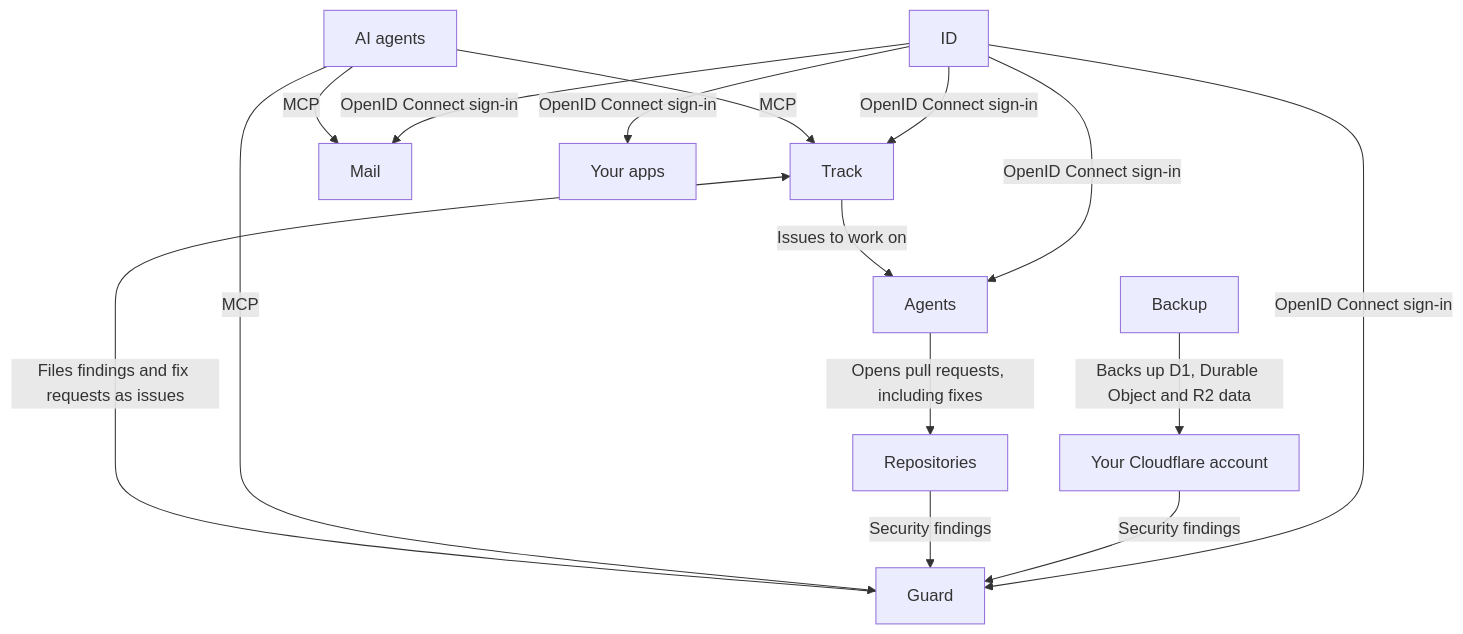
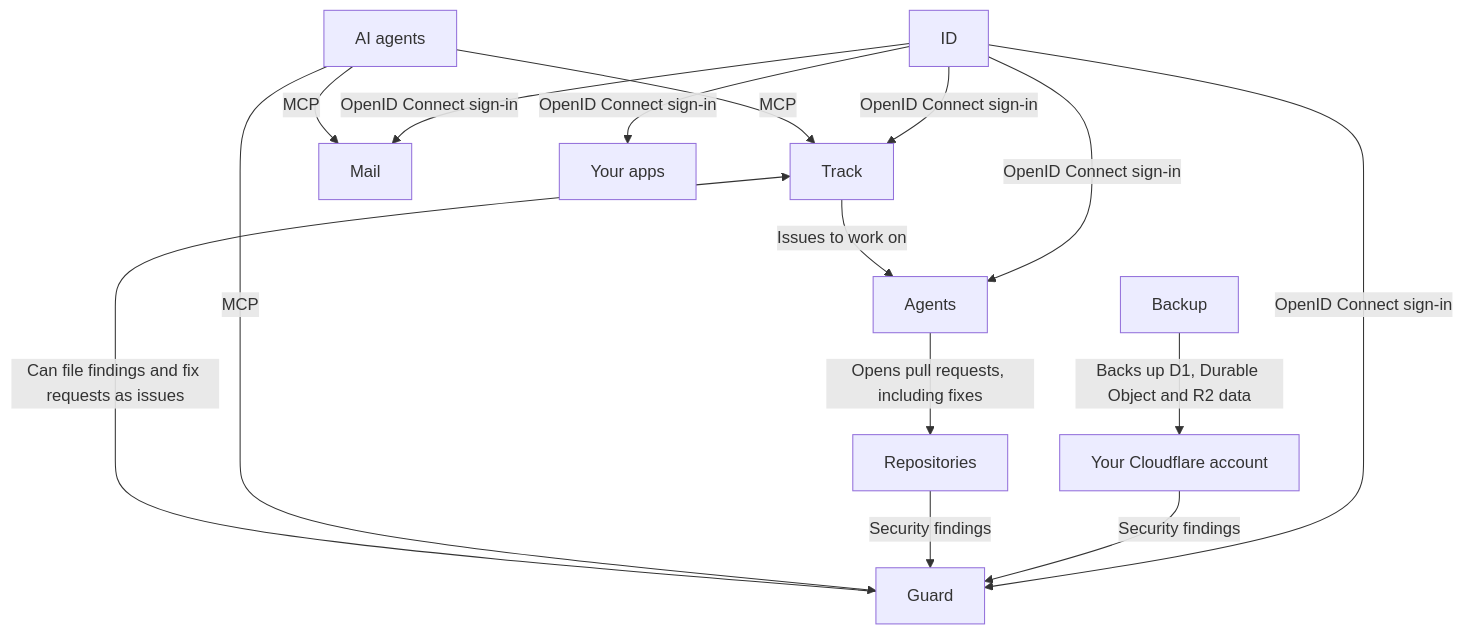
Before and after one commit to gateweavehq/docs: the diagram in src/content/docs/index.mdx, drawn with Mermaid. The commit also changed other lines of this file, not shown here.

First line of the commit message:
docs: say Guard can file findings in Track, not that it always does

````diff
--- a/src/content/docs/index.mdx
+++ b/src/content/docs/index.mdx
@@ -77,17 +77,17 @@
 ```mermaid
 flowchart TD
 	ID -- "OpenID Connect sign-in" --> Track
 	ID -- "OpenID Connect sign-in" --> Agents
 	ID -- "OpenID Connect sign-in" --> Mail
 	ID -- "OpenID Connect sign-in" --> Guard
 	ID -- "OpenID Connect sign-in" --> Apps["Your apps"]
 	Cloudflare["Your Cloudflare account"] -- "Security findings" --> Guard
 	Repositories -- "Security findings" --> Guard
-	Guard -- "Files findings and fix requests as issues" --> Track
+	Guard -- "Can file findings and fix requests as issues" --> Track
 	Track -- "Issues to work on" --> Agents
 	Agents -- "Opens pull requests, including fixes" --> Repositories
 	AI["AI agents"] -- "MCP" --> Track
 	AI -- "MCP" --> Mail
 	AI -- "MCP" --> Guard
 	Backup -- "Backs up D1, Durable Object and R2 data" --> Cloudflare
 ```
````
